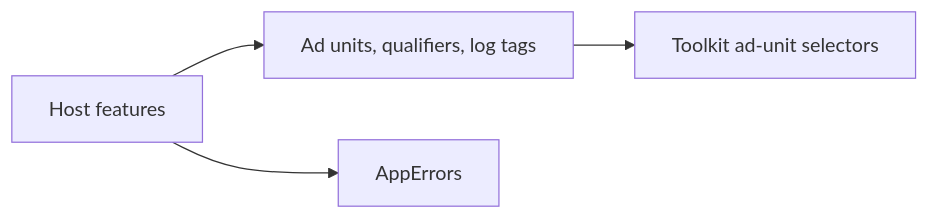
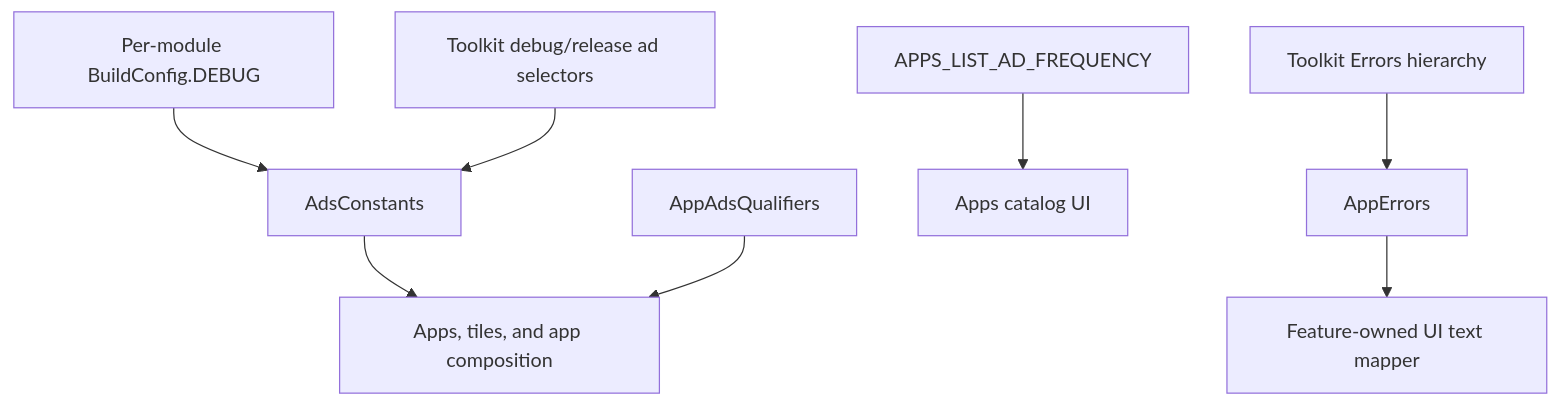
One commit to MihaiCristianCondrea/App-Toolkit-for-Android changed the diagram in sample/core/common/README.md. Above: the diagram before and after it, drawn with Mermaid. The commit also changed other lines of this file and 57 other files, not shown here.

````diff
--- a/sample/core/common/README.md
+++ b/sample/core/common/README.md
@@ -31,6 +31,10 @@
 ```mermaid
-flowchart LR
-    Features[Host features] --> Constants[Ad units, qualifiers, log tags]
-    Features --> Errors[AppErrors]
-    Constants --> Toolkit[Toolkit ad-unit selectors]
+flowchart TD
+    Build[Per-module BuildConfig.DEBUG] --> Ads[AdsConstants]
+    ToolkitIds[Toolkit debug/release ad selectors] --> Ads
+    Ads --> Features[Apps, tiles, and app composition]
+    Qualifiers[AppAdsQualifiers] --> Features
+    Tuning[APPS_LIST_AD_FREQUENCY] --> Apps[Apps catalog UI]
+    Network[Toolkit Errors hierarchy] --> Errors[AppErrors]
+    Errors --> Mapper[Feature-owned UI text mapper]
 ```
````
